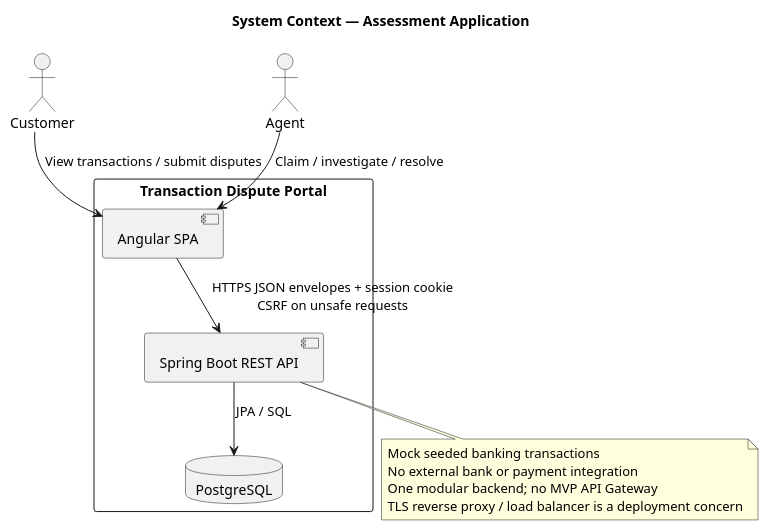
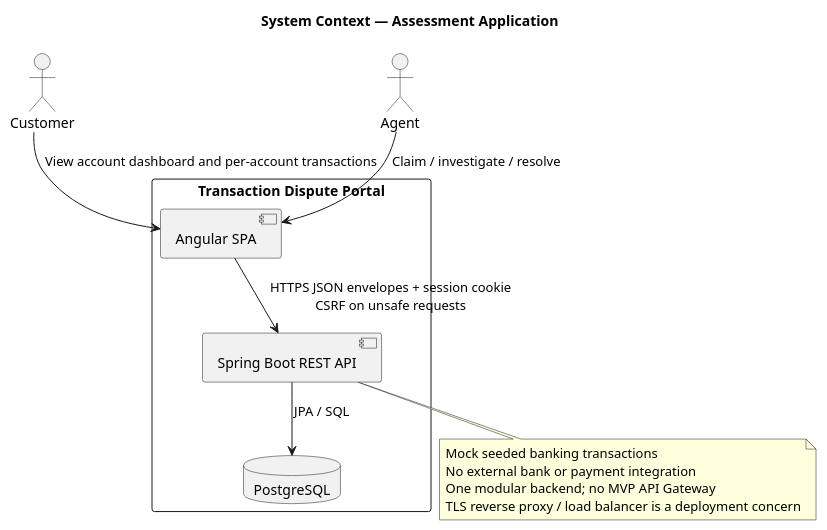
Before and after one commit to DonaldMbara/transaction-dispute-portal: the diagram in docs/design/plantuml/system-context.puml, drawn with PlantUML. The commit also changed 30 other files, not shown here.

```diff
--- a/docs/design/plantuml/system-context.puml
+++ b/docs/design/plantuml/system-context.puml
@@ -1,22 +1,22 @@
 @startuml
 !pragma layout smetana
 title System Context — Assessment Application
 actor Customer
 actor Agent
 rectangle "Transaction Dispute Portal" {
   component "Angular SPA" as ui
   component "Spring Boot REST API" as api
   database "PostgreSQL" as db
 }
-Customer --> ui : View transactions / submit disputes
+Customer --> ui : View account dashboard and per-account transactions
 Agent --> ui : Claim / investigate / resolve
 ui --> api : HTTPS JSON envelopes + session cookie\nCSRF on unsafe requests
 
 api --> db : JPA / SQL
 note bottom of api
 Mock seeded banking transactions
 No external bank or payment integration
 One modular backend; no MVP API Gateway
 TLS reverse proxy / load balancer is a deployment concern
 end note
 @enduml
```
